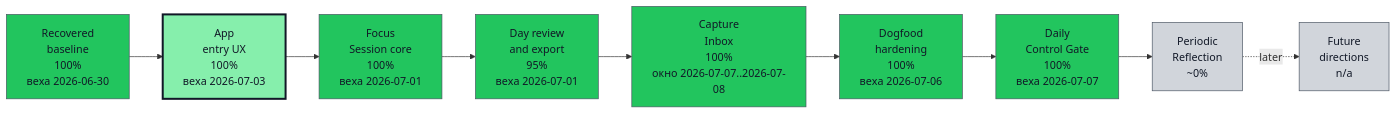
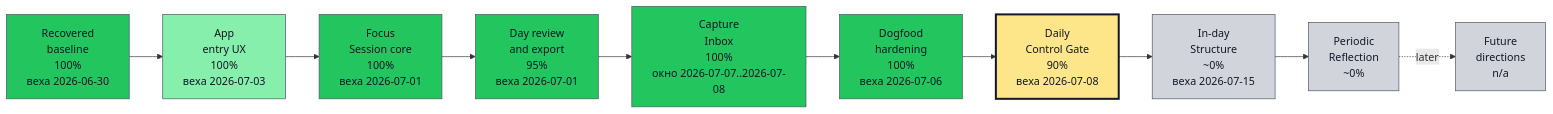
The first of 2 diagrams in docs/roadmap/opskarta.md (asukhodko/timeskein), drawn with Mermaid before and after one commit. The commit also changed other lines of this file and 42 other files, not shown here.

Commit message:
Improve day closure dogfood flow

````diff
--- a/docs/roadmap/opskarta.md
+++ b/docs/roadmap/opskarta.md
@@ -47,41 +66,44 @@
 ```mermaid
 flowchart LR
 
     classDef exec_done fill:#22c55e,stroke:#4b5563,color:#111827,stroke-width:1px
     classDef exec_in_progress fill:#0ea5e9,stroke:#4b5563,color:#111827,stroke-width:1px
     classDef exec_blocked fill:#fecaca,stroke:#4b5563,color:#111827,stroke-width:1px
     classDef exec_not_started fill:#9ca3af,stroke:#4b5563,color:#111827,stroke-width:1px
     classDef exec_mgmt_green fill:#86efac,stroke:#4b5563,color:#111827,stroke-width:1px
     classDef exec_mgmt_yellow fill:#fde68a,stroke:#4b5563,color:#111827,stroke-width:1px
     classDef exec_mgmt_red fill:#fca5a5,stroke:#4b5563,color:#111827,stroke-width:1px
     classDef exec_mgmt_neutral fill:#d1d5db,stroke:#4b5563,color:#111827,stroke-width:1px
 
     recovered_baseline["Recovered<br/>baseline<br/>100%<br/>веха 2026-06-30"]
     class recovered_baseline exec_done
     app_entry_ux["App<br/>entry UX<br/>100%<br/>веха 2026-07-03"]
     class app_entry_ux exec_mgmt_green
-    style app_entry_ux stroke:#111827,stroke-width:3px
     focus_session_core["Focus<br/>Session core<br/>100%<br/>веха 2026-07-01"]
     class focus_session_core exec_done
     day_review_export["Day review<br/>and export<br/>95%<br/>веха 2026-07-01"]
     class day_review_export exec_done
     capture_inbox["Capture<br/>Inbox<br/>100%<br/>окно 2026-07-07..2026-07-08"]
     class capture_inbox exec_done
     dogfood_hardening["Dogfood<br/>hardening<br/>100%<br/>веха 2026-07-06"]
     class dogfood_hardening exec_done
-    daily_control_gate["Daily<br/>Control Gate<br/>100%<br/>веха 2026-07-07"]
-    class daily_control_gate exec_done
+    daily_control_gate["Daily<br/>Control Gate<br/>90%<br/>веха 2026-07-08"]
+    class daily_control_gate exec_mgmt_yellow
+    style daily_control_gate stroke:#111827,stroke-width:3px
+    in_day_structure["In-day<br/>Structure<br/>~0%<br/>веха 2026-07-15"]
+    class in_day_structure exec_mgmt_neutral
     periodic_reflection["Periodic<br/>Reflection<br/>~0%"]
     class periodic_reflection exec_mgmt_neutral
     future_directions["Future<br/>directions<br/>n/a"]
     class future_directions exec_mgmt_neutral
 
     recovered_baseline --> app_entry_ux
     app_entry_ux --> focus_session_core
     focus_session_core --> day_review_export
     day_review_export --> capture_inbox
     capture_inbox --> dogfood_hardening
     dogfood_hardening --> daily_control_gate
-    daily_control_gate --> periodic_reflection
+    daily_control_gate --> in_day_structure
+    in_day_structure --> periodic_reflection
     periodic_reflection -. later .-> future_directions
 ```
````
